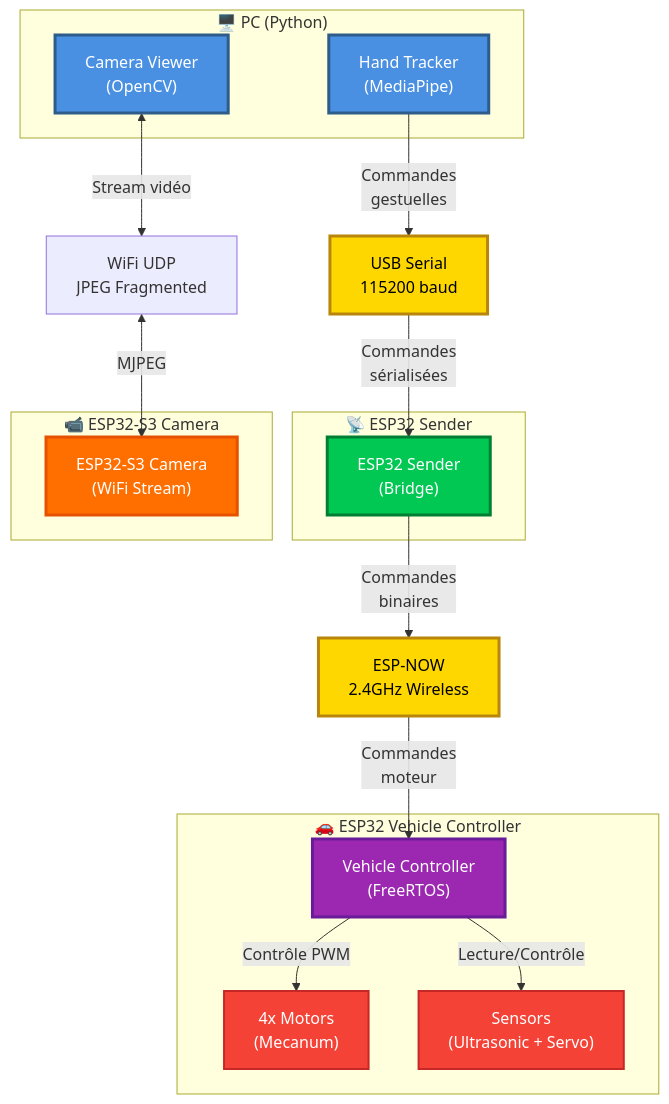
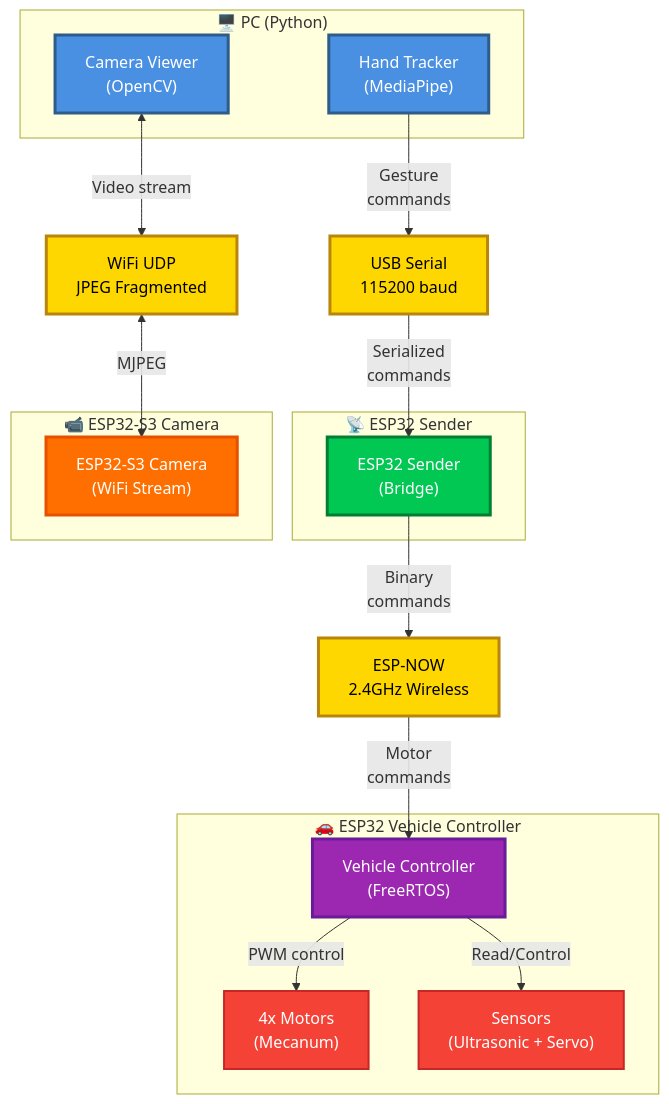
Before and after one commit to Yaniv23/final-project-gesture-car: the first of 17 diagrams in docs/architecture.md, drawn with Mermaid. The commit also changed other lines of this file and 16 other files, not shown here.

````diff
--- a/docs/architecture.md
+++ b/docs/architecture.md
@@ -31,48 +31,48 @@
 ```mermaid
 graph TB
     subgraph PC["🖥️ PC (Python)"]
         HandTracker["Hand Tracker<br/>(MediaPipe)"]
         CameraViewer["Camera Viewer<br/>(OpenCV)"]
     end
     
     subgraph ESP32Sender["📡 ESP32 Sender"]
         Sender["ESP32 Sender<br/>(Bridge)"]
     end
     
     subgraph ESP32Camera["📹 ESP32-S3 Camera"]
         Camera["ESP32-S3 Camera<br/>(WiFi Stream)"]
     end
     
     subgraph Vehicle["🚗 ESP32 Vehicle Controller"]
         Controller["Vehicle Controller<br/>(FreeRTOS)"]
         Motors["4x Motors<br/>(Mecanum)"]
         Sensors["Sensors<br/>(Ultrasonic + Servo)"]
     end
     
     USBProtocol["USB Serial<br/>115200 baud"]
     WiFiProtocol["WiFi UDP<br/>JPEG Fragmented"]
     ESPNOWProtocol["ESP-NOW<br/>2.4GHz Wireless"]
     
-    HandTracker -->|"Commandes<br/>gestuelles"| USBProtocol
-    USBProtocol -->|"Commandes<br/>sérialisées"| Sender
-    CameraViewer <-->|"Stream vidéo"| WiFiProtocol
+    HandTracker -->|"Gesture<br/>commands"| USBProtocol
+    USBProtocol -->|"Serialized<br/>commands"| Sender
+    CameraViewer <-->|"Video stream"| WiFiProtocol
     WiFiProtocol <-->|"MJPEG"| Camera
-    Sender -->|"Commandes<br/>binaires"| ESPNOWProtocol
-    ESPNOWProtocol -->|"Commandes<br/>moteur"| Controller
-    Controller -->|"Contrôle PWM"| Motors
-    Controller -->|"Lecture/Contrôle"| Sensors
+    Sender -->|"Binary<br/>commands"| ESPNOWProtocol
+    ESPNOWProtocol -->|"Motor<br/>commands"| Controller
+    Controller -->|"PWM control"| Motors
+    Controller -->|"Read/Control"| Sensors
     
     classDef pcStyle fill:#4A90E2,stroke:#2E5C8A,stroke-width:3px,color:#fff
     classDef esp32Style fill:#00C853,stroke:#007E33,stroke-width:3px,color:#fff
     classDef cameraStyle fill:#FF6F00,stroke:#E65100,stroke-width:3px,color:#fff
     classDef vehicleStyle fill:#9C27B0,stroke:#6A1B9A,stroke-width:3px,color:#fff
     classDef hardwareStyle fill:#F44336,stroke:#C62828,stroke-width:2px,color:#fff
     classDef commStyle fill:#FFD700,stroke:#B8860B,stroke-width:3px,color:#000
     
     class HandTracker,CameraViewer pcStyle
     class Sender esp32Style
     class Camera cameraStyle
     class Controller vehicleStyle
     class Motors,Sensors hardwareStyle
-    class USBProtocol,UDPProtocol,ESPNOWProtocol commStyle
+    class USBProtocol,WiFiProtocol,ESPNOWProtocol commStyle
 ```
````
